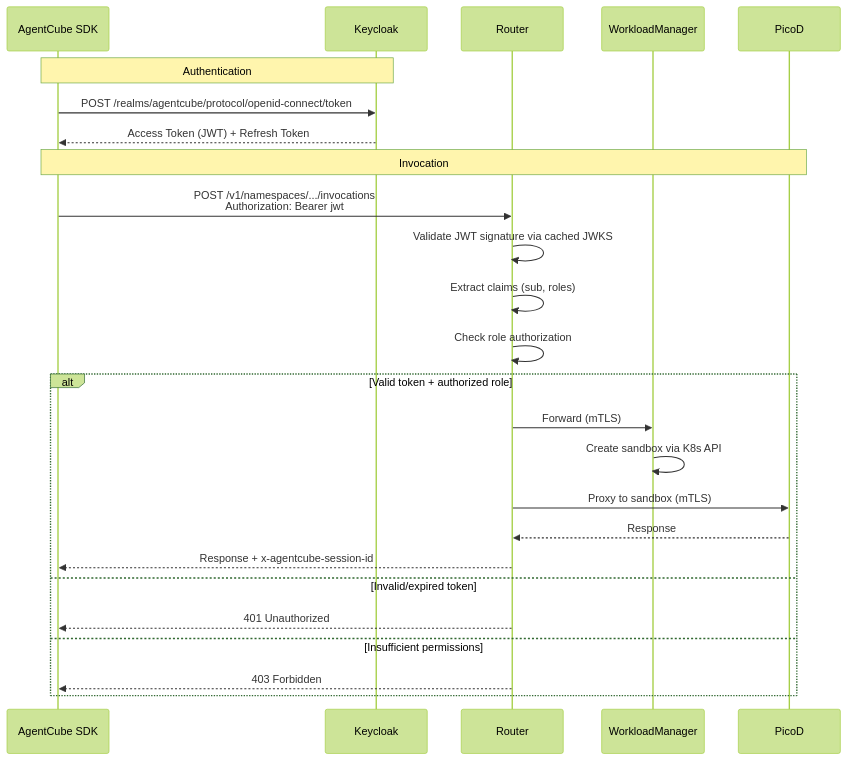
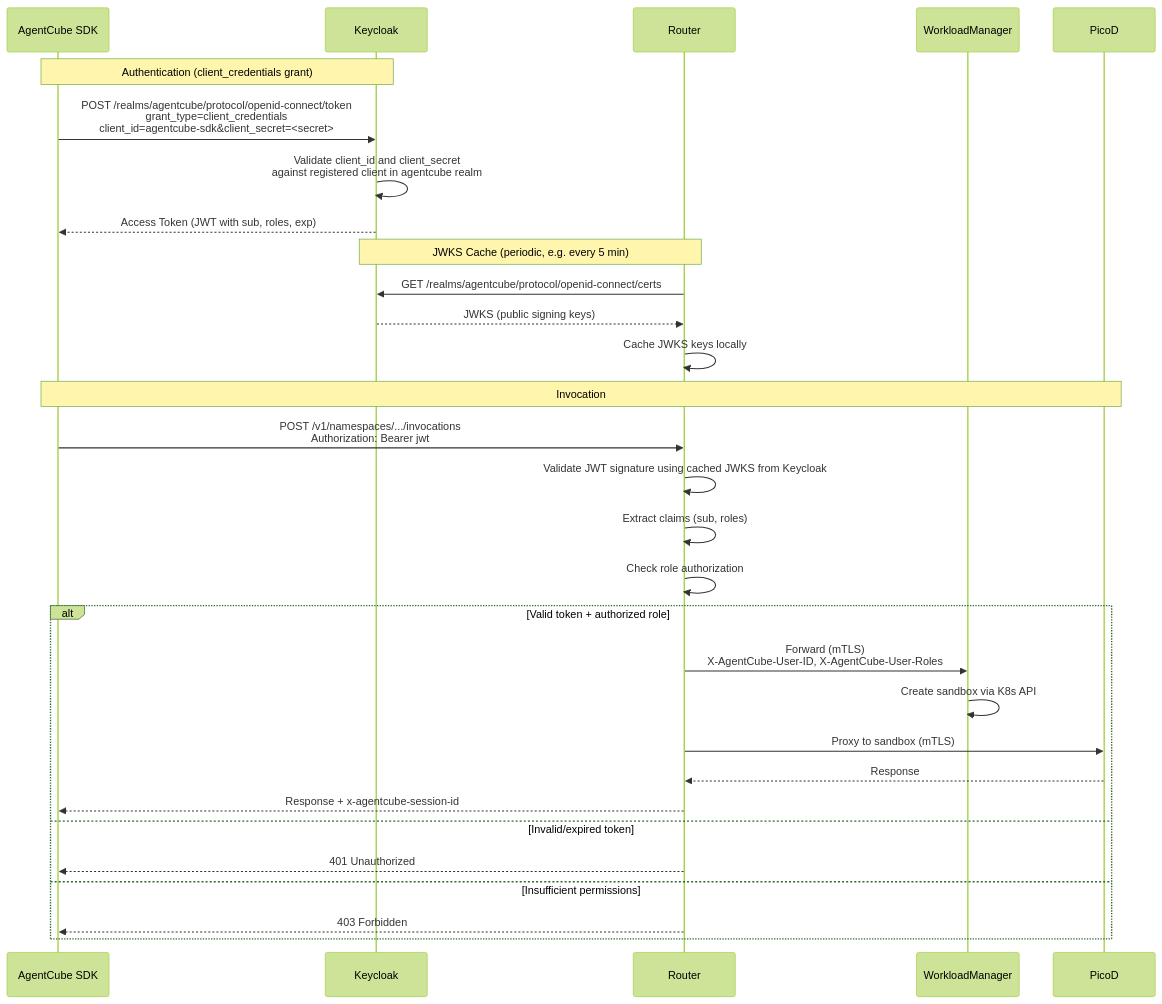
The second of 3 diagrams in docs/design/auth-proposal.md (volcano-sh/agentcube), drawn with Mermaid (forest theme) before and after one commit. The commit also changed other lines of this file, not shown here.

Commit message:
docs: clarify Keycloak auth flow - Update sequence diagram to show client_credentials grant details (client_id + client_secret) and Keycloak-side validation step - Add JWKS cache fetch step showing where Router gets signing keys - Include identity propagation headers on Router->WorkloadManager hop

````diff
--- a/docs/design/auth-proposal.md
+++ b/docs/design/auth-proposal.md
@@ -455,30 +457,36 @@
 ```mermaid
 sequenceDiagram
     participant SDK as AgentCube SDK
     participant KC as Keycloak
     participant Router as Router
     participant WM as WorkloadManager
     participant Sandbox as PicoD
 
-    Note over SDK, KC: Authentication
-    SDK->>KC: POST /realms/agentcube/protocol/openid-connect/token
-    KC-->>SDK: Access Token (JWT) + Refresh Token
+    Note over SDK, KC: Authentication (client_credentials grant)
+    SDK->>KC: POST /realms/agentcube/protocol/openid-connect/token<br/>grant_type=client_credentials<br/>client_id=agentcube-sdk&client_secret=<secret>
+    KC->>KC: Validate client_id and client_secret<br/>against registered client in agentcube realm
+    KC-->>SDK: Access Token (JWT with sub, roles, exp)
+
+    Note over Router, KC: JWKS Cache (periodic, e.g. every 5 min)
+    Router->>KC: GET /realms/agentcube/protocol/openid-connect/certs
+    KC-->>Router: JWKS (public signing keys)
+    Router->>Router: Cache JWKS keys locally
 
     Note over SDK, Sandbox: Invocation
     SDK->>Router: POST /v1/namespaces/.../invocations<br/>Authorization: Bearer jwt
-    Router->>Router: Validate JWT signature via cached JWKS
+    Router->>Router: Validate JWT signature using cached JWKS from Keycloak
     Router->>Router: Extract claims (sub, roles)
     Router->>Router: Check role authorization
 
     alt Valid token + authorized role
-        Router->>WM: Forward (mTLS)
+        Router->>WM: Forward (mTLS)<br/>X-AgentCube-User-ID, X-AgentCube-User-Roles
         WM->>WM: Create sandbox via K8s API
         Router->>Sandbox: Proxy to sandbox (mTLS)
         Sandbox-->>Router: Response
         Router-->>SDK: Response + x-agentcube-session-id
     else Invalid/expired token
         Router-->>SDK: 401 Unauthorized
     else Insufficient permissions
         Router-->>SDK: 403 Forbidden
     end
 ```
````
